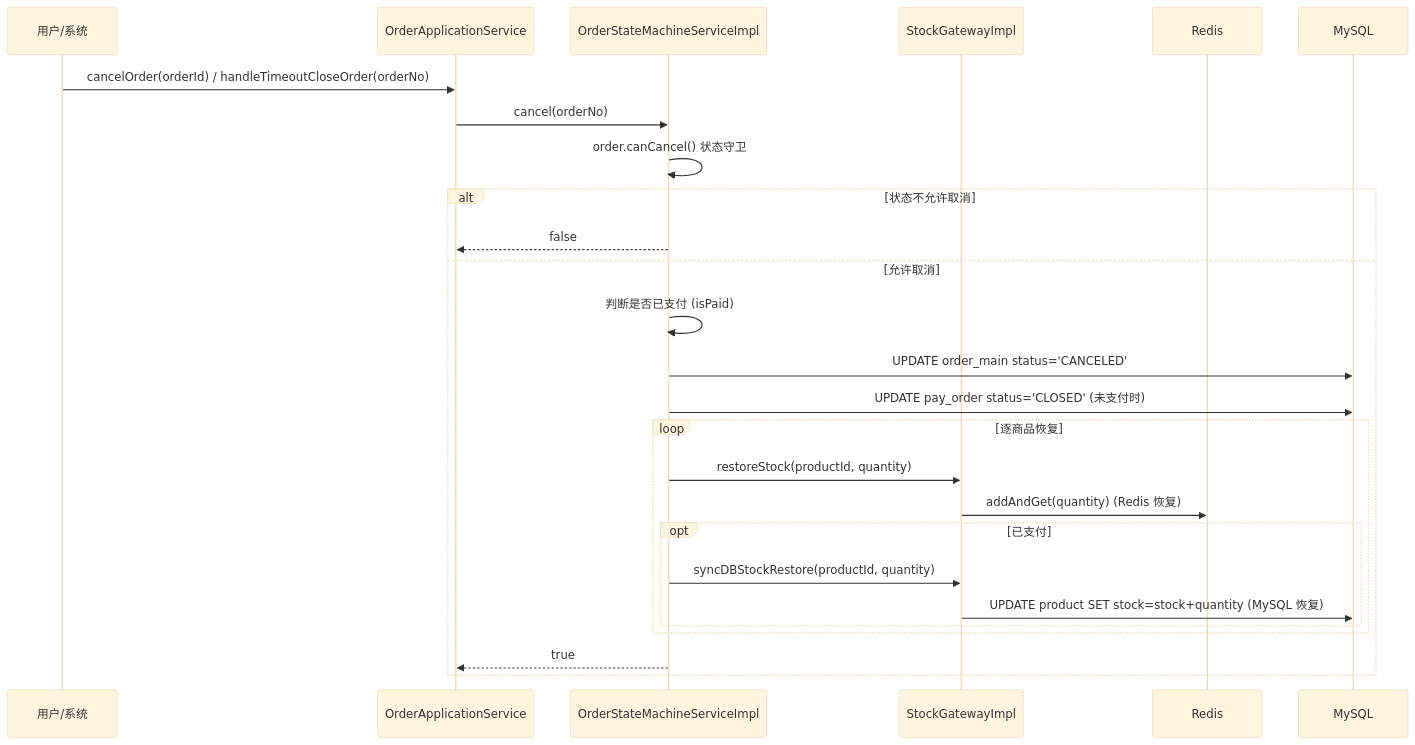
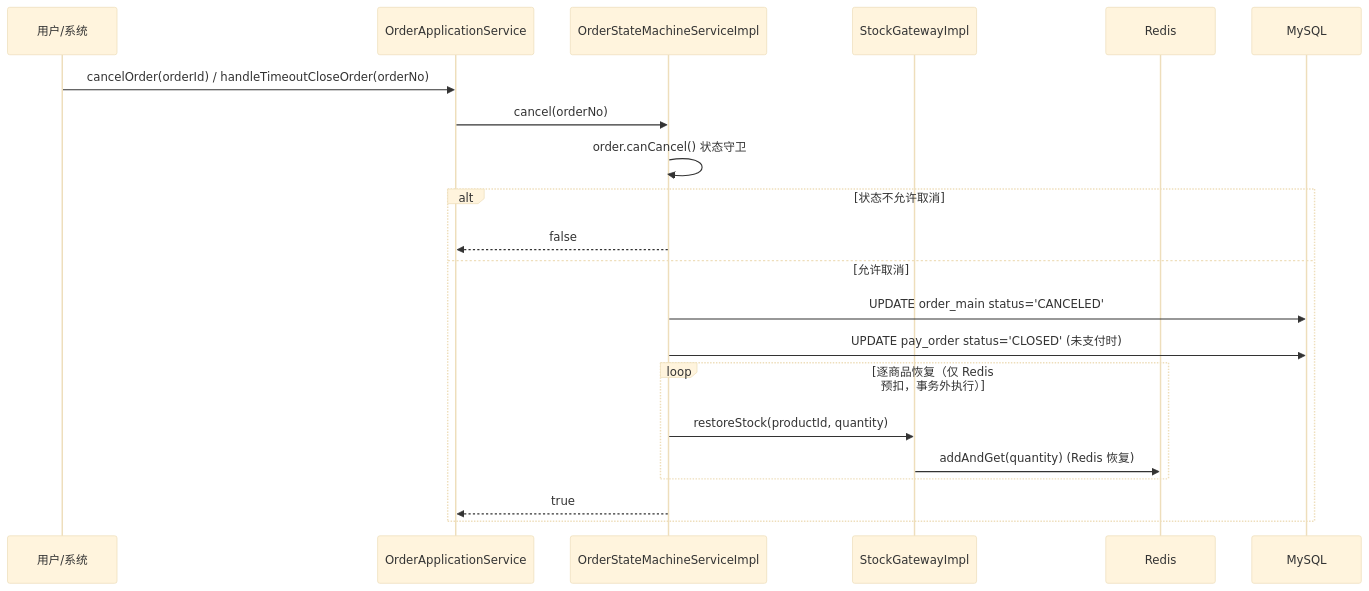
One commit to sxlva/s-pay-mall changed the third of 4 diagrams in docs/design/module-stock.md. Above: the diagram before and after it, drawn with Mermaid (base theme). The commit also changed 45 other files, not shown here.

````diff
--- a/docs/design/module-stock.md
+++ b/docs/design/module-stock.md
@@ -208,30 +208,25 @@
 ```mermaid
 sequenceDiagram
     participant U as 用户/系统
     participant S as OrderApplicationService
     participant SM as OrderStateMachineServiceImpl
     participant Stock as StockGatewayImpl
     participant R as Redis
     participant DB as MySQL
 
     U->>S: cancelOrder(orderId) / handleTimeoutCloseOrder(orderNo)
     S->>SM: cancel(orderNo)
     SM->>SM: order.canCancel() 状态守卫
     alt 状态不允许取消
         SM-->>S: false
     else 允许取消
-        SM->>SM: 判断是否已支付 (isPaid)
         SM->>DB: UPDATE order_main status='CANCELED'
         SM->>DB: UPDATE pay_order status='CLOSED' (未支付时)
 
-        loop 逐商品恢复
+        loop 逐商品恢复（仅 Redis 预扣，事务外执行）
             SM->>Stock: restoreStock(productId, quantity)
             Stock->>R: addAndGet(quantity) (Redis 恢复)
-            opt 已支付
-                SM->>Stock: syncDBStockRestore(productId, quantity)
-                Stock->>DB: UPDATE product SET stock=stock+quantity (MySQL 恢复)
-            end
         end
         SM-->>S: true
     end
 ```
````
